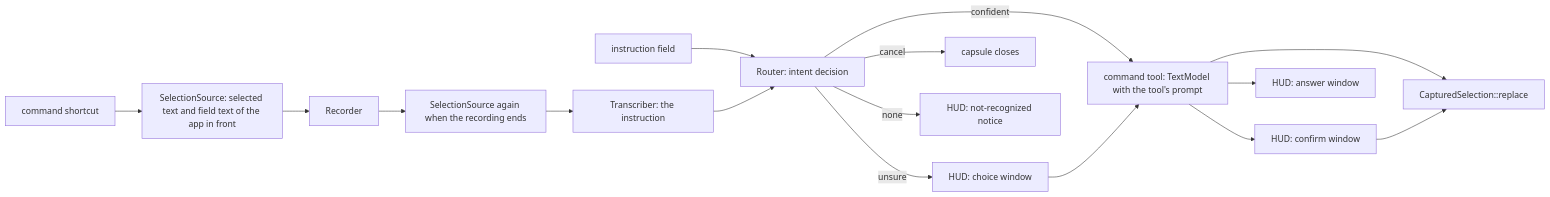
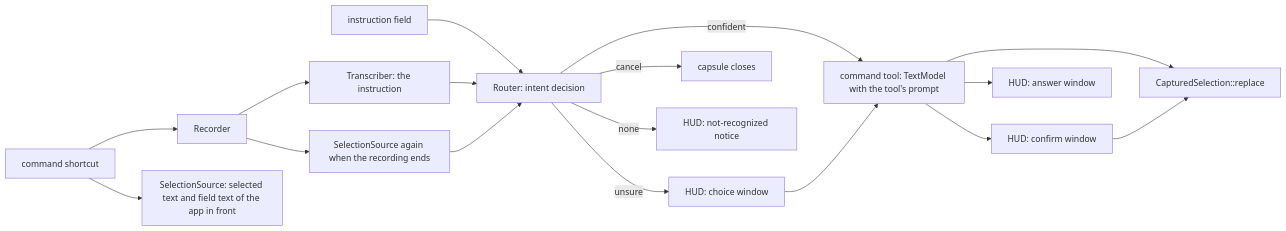
One commit to fang2hou/dito changed the second of 2 diagrams in docs/ARCHITECTURE.md. Above: the diagram before and after it, drawn with Mermaid. The commit also changed other lines of this file and 8 other files, not shown here.

````diff
--- a/docs/ARCHITECTURE.md
+++ b/docs/ARCHITECTURE.md
@@ -46,14 +47,17 @@
 ```mermaid
 flowchart LR
-    Shortcut[command shortcut] --> Capture[SelectionSource: selected text and field text of the app in front]
-    Capture --> Record[Recorder] --> Recapture[SelectionSource again when the recording ends] --> Transcribe[Transcriber: the instruction]
+    Shortcut[command shortcut] --> Record[Recorder]
+    Shortcut --> Capture[SelectionSource: selected text and field text of the app in front]
+    Record --> Transcribe[Transcriber: the instruction]
+    Record --> Recapture[SelectionSource again when the recording ends]
     Typed[instruction field] --> Route
     Transcribe --> Route[Router: intent decision]
+    Recapture --> Route
     Route -- confident --> Tool[command tool: TextModel with the tool's prompt]
     Route -- unsure --> Choose[HUD: choice window] --> Tool
     Tool --> Replace[CapturedSelection::replace]
     Tool --> Confirm[HUD: confirm window] --> Replace
     Tool --> Answer[HUD: answer window]
     Route -- cancel --> Close[capsule closes]
     Route -- none --> Notice[HUD: not-recognized notice]
 ```
````
